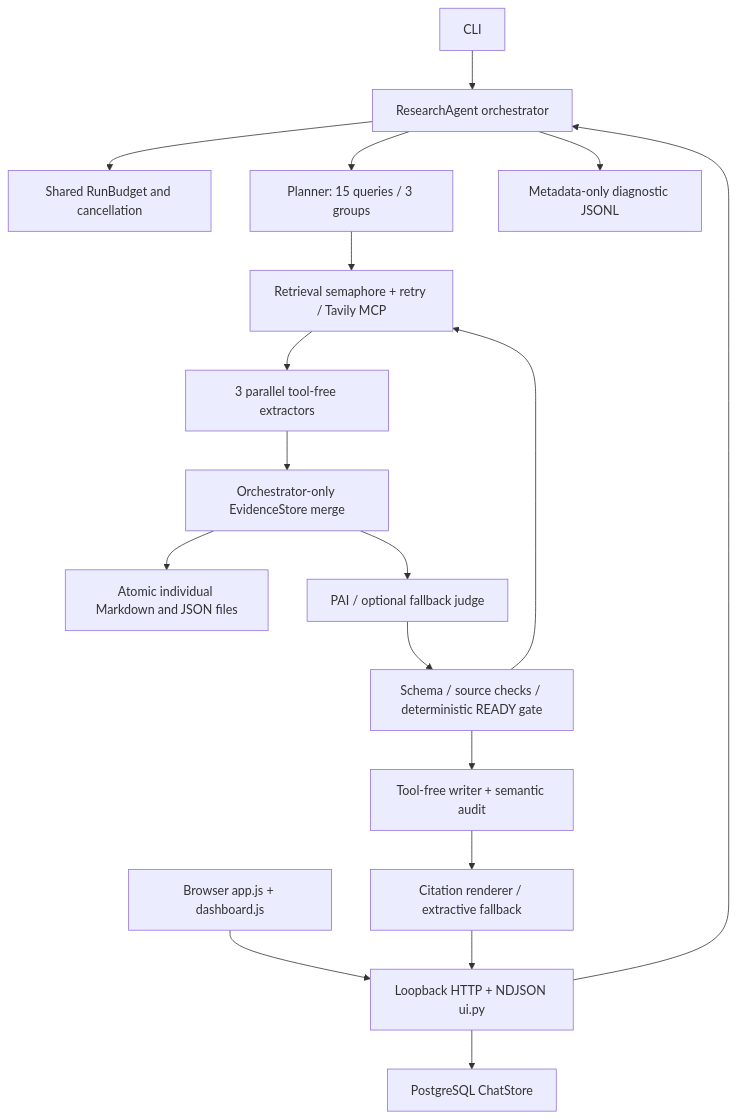
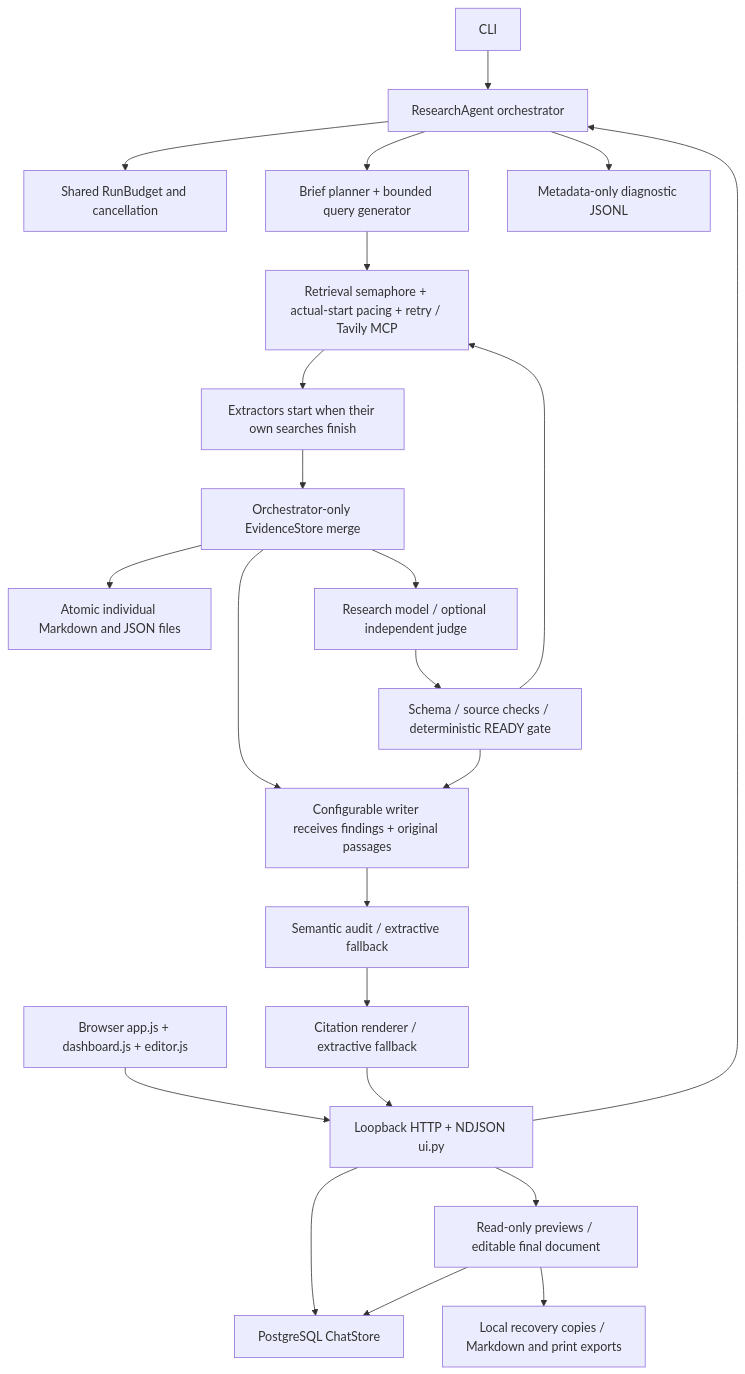
One commit to georgeghpage/FinanceurDeepResearchAgent changed the diagram in docs/qa/ARCHITECTURE.md. Above: the diagram before and after it, drawn with Mermaid. The commit also changed other lines of this file and 89 other files, not shown here.

````diff
--- a/docs/qa/ARCHITECTURE.md
+++ b/docs/qa/ARCHITECTURE.md
@@ -5,20 +5,25 @@
 ```mermaid
 flowchart TD
   CLI[CLI] --> O[ResearchAgent orchestrator]
-  UI[Browser app.js + dashboard.js] --> HTTP[Loopback HTTP + NDJSON ui.py]
+  UI[Browser app.js + dashboard.js + editor.js] --> HTTP[Loopback HTTP + NDJSON ui.py]
   HTTP --> O
   HTTP --> PG[PostgreSQL ChatStore]
   O --> B[Shared RunBudget and cancellation]
-  O --> P[Planner: 15 queries / 3 groups]
-  P --> T[Retrieval semaphore + retry / Tavily MCP]
-  T --> R[3 parallel tool-free extractors]
+  O --> P[Brief planner + bounded query generator]
+  P --> T[Retrieval semaphore + actual-start pacing + retry / Tavily MCP]
+  T --> R[Extractors start when their own searches finish]
   R --> E[Orchestrator-only EvidenceStore merge]
   E --> FS[Atomic individual Markdown and JSON files]
-  E --> J[PAI / optional fallback judge]
+  E --> J[Research model / optional independent judge]
   J --> G[Schema / source checks / deterministic READY gate]
   G --> T
-  G --> W[Tool-free writer + semantic audit]
-  W --> C[Citation renderer / extractive fallback]
+  E --> W[Configurable writer receives findings + original passages]
+  G --> W
+  W --> A[Semantic audit / extractive fallback]
+  A --> C[Citation renderer / extractive fallback]
   C --> HTTP
+  HTTP --> ED[Read-only previews / editable final document]
+  ED --> PG
+  ED --> LS[Local recovery copies / Markdown and print exports]
   O --> LOG[Metadata-only diagnostic JSONL]
 ```
````
